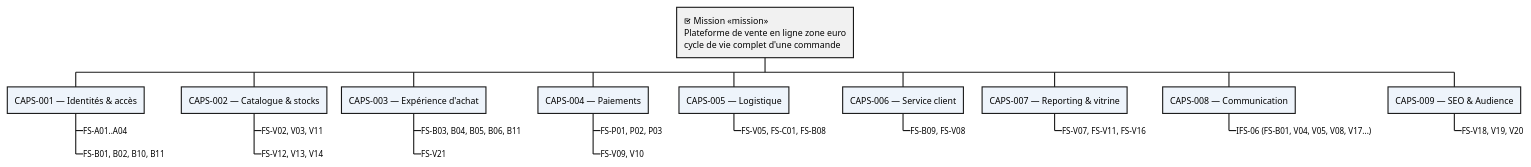
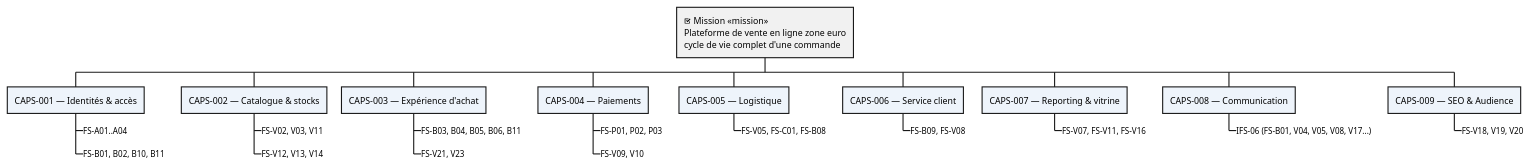
The first of 6 diagrams in architecture/02-system-analysis/sa.adoc (louistalvande/online_shop), drawn with PlantUML before and after one commit. The commit also changed other lines of this file and 5 other files, not shown here.

First line of the commit message:
docs(architecture): configurable VAT rate (CS-09, FS-V23, UCSA-20, BES-VND-021, US-TVA-01/02)

```diff
--- a/architecture/02-system-analysis/sa.adoc
+++ b/architecture/02-system-analysis/sa.adoc
@@ -227,53 +227,53 @@
 [plantuml, sa-mission-caps-functions, svg]
 ----
 @startwbs
 <style>
 wbsDiagram {
   .mission {
     BackgroundColor #E8F4FD
     FontStyle bold
   }
   .caps {
     BackgroundColor #EEF4FB
   }
   .funcs {
     BackgroundColor #FAFAFA
     FontSize 11
   }
 }
 </style>
 
 * <&task> Mission <<mission>>\nPlateforme de vente en ligne zone euro\ncycle de vie complet d'une commande
 
 ** CAPS-001 — Identités & accès <<caps>>
 ***_ FS-A01..A04 <<funcs>>
 ***_ FS-B01, B02, B10, B11 <<funcs>>
 
 ** CAPS-002 — Catalogue & stocks <<caps>>
 ***_ FS-V02, V03, V11 <<funcs>>
 ***_ FS-V12, V13, V14 <<funcs>>
 
 ** CAPS-003 — Expérience d'achat <<caps>>
 ***_ FS-B03, B04, B05, B06, B11 <<funcs>>
-***_ FS-V21 <<funcs>>
+***_ FS-V21, V23 <<funcs>>
 
 ** CAPS-004 — Paiements <<caps>>
 ***_ FS-P01, P02, P03 <<funcs>>
 ***_ FS-V09, V10 <<funcs>>
 
 ** CAPS-005 — Logistique <<caps>>
 ***_ FS-V05, FS-C01, FS-B08 <<funcs>>
 
 ** CAPS-006 — Service client <<caps>>
 ***_ FS-B09, FS-V08 <<funcs>>
 
 ** CAPS-007 — Reporting & vitrine <<caps>>
 ***_ FS-V07, FS-V11, FS-V16 <<funcs>>
 
 ** CAPS-008 — Communication <<caps>>
 ***_ IFS-06 (FS-B01, V04, V05, V08, V17...) <<funcs>>
 
 ** CAPS-009 — SEO & Audience <<caps>>
 ***_ FS-V18, V19, V20 <<funcs>>
 @endwbs
 ----
```
